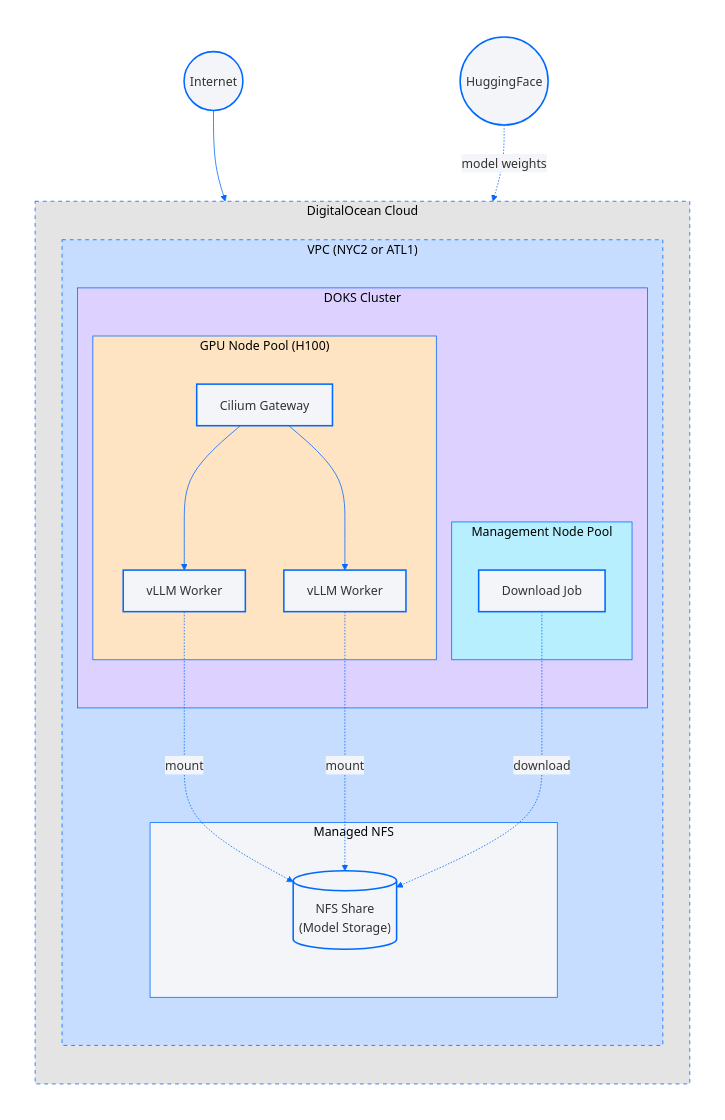
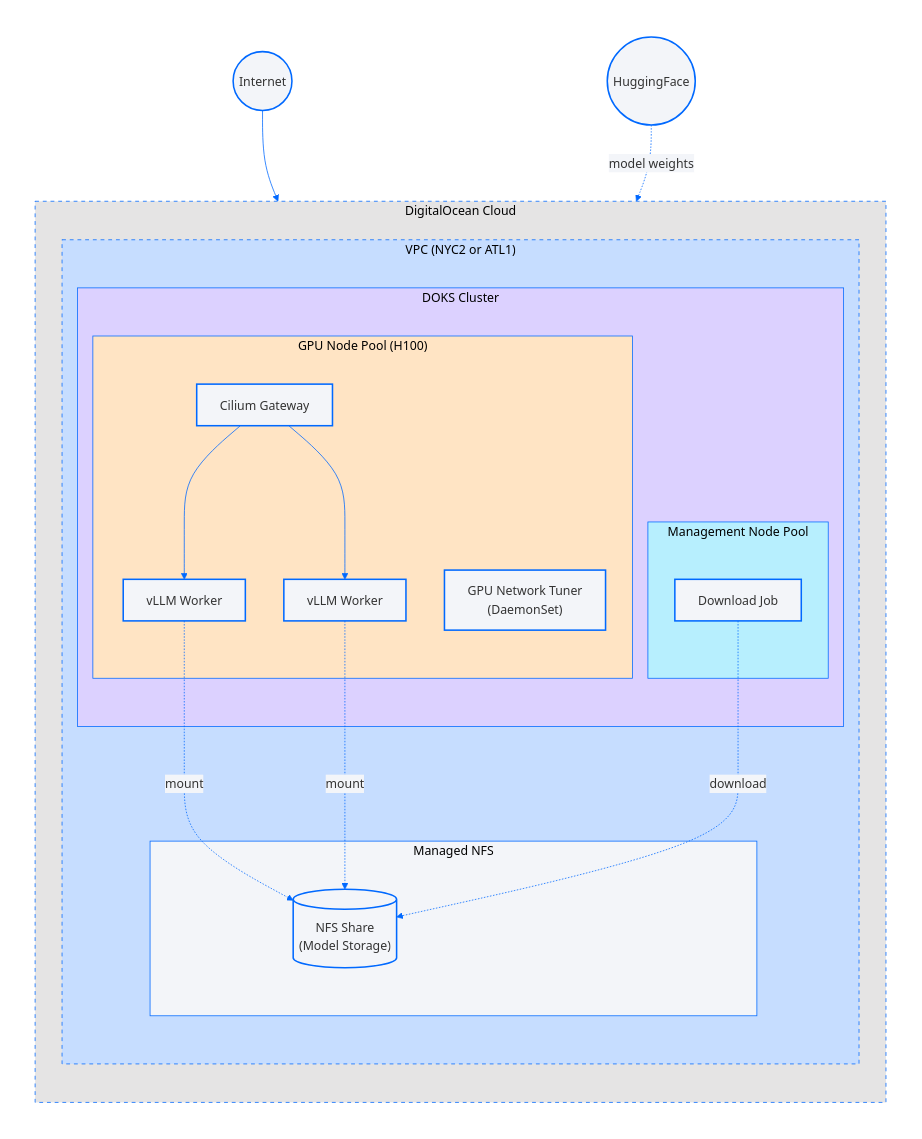
One commit to digitalocean/scale-with-simplicity changed the diagram in reference-architectures/vllm-nfs/README.md. Above: the diagram before and after it, drawn with Mermaid.

Commit message:
Add GPU Network Tuner to architecture diagram

````diff
--- a/reference-architectures/vllm-nfs/README.md
+++ b/reference-architectures/vllm-nfs/README.md
@@ -7,68 +7,70 @@
 ```mermaid
 %%{init: {'theme': 'base', 'themeVariables': { 'primaryColor': '#0069FF', 'primaryTextColor': '#333', 'primaryBorderColor': '#0069FF', 'lineColor': '#0069FF', 'secondaryColor': '#F3F5F9', 'tertiaryColor': '#fff', 'fontFamily': 'arial'}}}%%
 flowchart TB
     subgraph Wrapper[" "]
         direction TB
         Internet(("Internet"))
         HuggingFace(("HuggingFace"))
 
         subgraph DO["DigitalOcean Cloud"]
             direction TB
 
             subgraph VPC["VPC (NYC2 or ATL1)"]
                 direction TB
 
                 subgraph DOKS["DOKS Cluster"]
                     direction TB
 
                     subgraph MgmtPool["Management Node Pool"]
                         direction LR
                         DownloadJob["Download Job"]
                     end
 
                     subgraph GPUPool["GPU Node Pool (H100)"]
                         direction LR
+                        NetworkTuner["GPU Network Tuner<br/>(DaemonSet)"]
                         Gateway["Cilium Gateway"]
                         vLLMWorker1["vLLM Worker"]
                         vLLMWorker2["vLLM Worker"]
                     end
                 end
 
                 subgraph Storage["Managed NFS"]
                     NFS[("NFS Share<br/>(Model Storage)")]
                 end
             end
         end
 
         %% Traffic flow
         Internet --> Gateway
         Gateway --> vLLMWorker1
         Gateway --> vLLMWorker2
 
         %% NFS mounts
         vLLMWorker1 -.->|mount| NFS
         vLLMWorker2 -.->|mount| NFS
 
         %% Model download
         HuggingFace -.->|model weights| DownloadJob
         DownloadJob -.->|download| NFS
     end
 
     %% Styling - Subgraphs
     style Wrapper fill:#FFFFFF,stroke:#FFFFFF
     style DO fill:#E5E4E4,stroke:#0069FF,stroke-width:1px,stroke-dasharray:5
     style VPC fill:#C6DDFF,stroke:#0069FF,stroke-width:1px,stroke-dasharray:5
     style DOKS fill:#DCD1FF,stroke:#0069FF,stroke-width:1px
     style MgmtPool fill:#B7EFFE,stroke:#0069FF,stroke-width:1px
     style GPUPool fill:#FFE4C4,stroke:#0069FF,stroke-width:1px
     style Storage fill:#F3F5F9,stroke:#0069FF,stroke-width:1px
 
     %% Styling - Components
     style Internet fill:#F3F5F9,stroke:#0069FF,stroke-width:2px
     style HuggingFace fill:#F3F5F9,stroke:#0069FF,stroke-width:2px
     style DownloadJob fill:#F3F5F9,stroke:#0069FF,stroke-width:2px
+    style NetworkTuner fill:#F3F5F9,stroke:#0069FF,stroke-width:2px
     style Gateway fill:#F3F5F9,stroke:#0069FF,stroke-width:2px
     style vLLMWorker1 fill:#F3F5F9,stroke:#0069FF,stroke-width:2px
     style vLLMWorker2 fill:#F3F5F9,stroke:#0069FF,stroke-width:2px
     style NFS fill:#F3F5F9,stroke:#0069FF,stroke-width:2px
 ```
````
